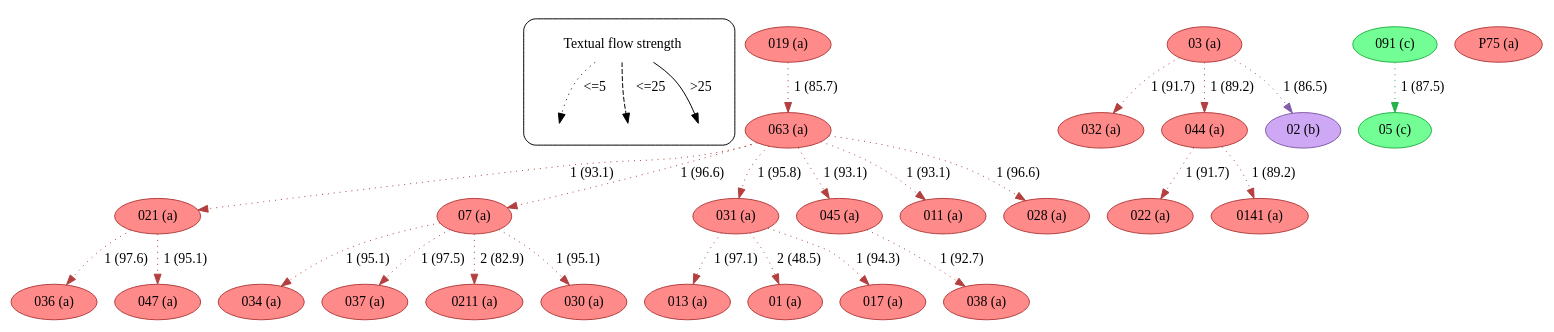
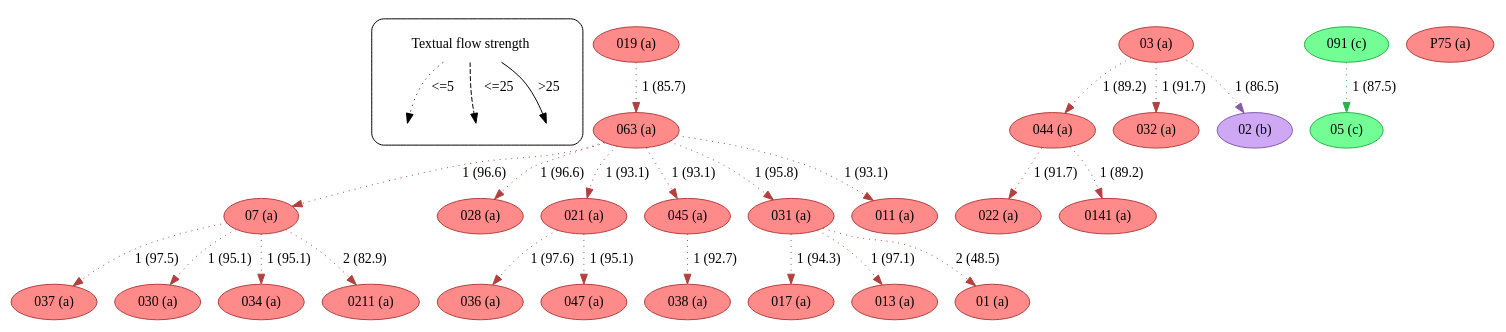
One commit to edmondac/CBGM changed the diagram in example/c499/textual_flow_23_26-30,Fruit_5-6_c499.dot. Above: the diagram before and after it, drawn with Graphviz. The commit also changed other lines of this file and 163 other files, not shown here.

```diff
--- a/example/c499/textual_flow_23_26-30,Fruit_5-6_c499.dot
+++ b/example/c499/textual_flow_23_26-30,Fruit_5-6_c499.dot
@@ -23,10 +23,80 @@
 		leg_s -> leg_e3		 [label=">25",
 			style=solid];
 	}
+	063	 [color="#b43f3f",
+		fillcolor="#FF8A8A",
+		label="063 (a)",
+		style=filled];
+	07	 [color="#b43f3f",
+		fillcolor="#FF8A8A",
+		label="07 (a)",
+		style=filled];
+	063 -> 07	 [color="#b43f3f",
+		label="1 (96.6)",
+		style=dotted];
+	028	 [color="#b43f3f",
+		fillcolor="#FF8A8A",
+		label="028 (a)",
+		style=filled];
+	063 -> 028	 [color="#b43f3f",
+		label="1 (96.6)",
+		style=dotted];
 	021	 [color="#b43f3f",
 		fillcolor="#FF8A8A",
 		label="021 (a)",
 		style=filled];
+	063 -> 021	 [color="#b43f3f",
+		label="1 (93.1)",
+		style=dotted];
+	045	 [color="#b43f3f",
+		fillcolor="#FF8A8A",
+		label="045 (a)",
+		style=filled];
+	063 -> 045	 [color="#b43f3f",
+		label="1 (93.1)",
+		style=dotted];
+	031	 [color="#b43f3f",
+		fillcolor="#FF8A8A",
+		label="031 (a)",
+		style=filled];
+	063 -> 031	 [color="#b43f3f",
+		label="1 (95.8)",
+		style=dotted];
+	011	 [color="#b43f3f",
+		fillcolor="#FF8A8A",
+		label="011 (a)",
+		style=filled];
+	063 -> 011	 [color="#b43f3f",
+		label="1 (93.1)",
+		style=dotted];
+	037	 [color="#b43f3f",
+		fillcolor="#FF8A8A",
+		label="037 (a)",
+		style=filled];
+	07 -> 037	 [color="#b43f3f",
+		label="1 (97.5)",
+		style=dotted];
+	030	 [color="#b43f3f",
+		fillcolor="#FF8A8A",
+		label="030 (a)",
+		style=filled];
+	07 -> 030	 [color="#b43f3f",
+		label="1 (95.1)",
+		style=dotted];
+	034	 [color="#b43f3f",
+		fillcolor="#FF8A8A",
+		label="034 (a)",
+		style=filled];
+	07 -> 034	 [color="#b43f3f",
+		label="1 (95.1)",
+		style=dotted];
+	0211	 [color="#b43f3f",
+		fillcolor="#FF8A8A",
+		label="0211 (a)",
+		style=filled];
+	07 -> 0211	 [color="#b43f3f",
+		label="2 (82.9)",
+		style=dotted];
 	036	 [color="#b43f3f",
 		fillcolor="#FF8A8A",
 		label="036 (a)",
@@ -45,6 +115,13 @@
 		fillcolor="#FF8A8A",
 		label="03 (a)",
 		style=filled];
+	044	 [color="#b43f3f",
+		fillcolor="#FF8A8A",
+		label="044 (a)",
+		style=filled];
+	03 -> 044	 [color="#b43f3f",
+		label="1 (89.2)",
+		style=dotted];
 	032	 [color="#b43f3f",
 		fillcolor="#FF8A8A",
 		label="032 (a)",
@@ -52,117 +129,12 @@
 	03 -> 032	 [color="#b43f3f",
 		label="1 (91.7)",
 		style=dotted];
-	044	 [color="#b43f3f",
-		fillcolor="#FF8A8A",
-		label="044 (a)",
-		style=filled];
-	03 -> 044	 [color="#b43f3f",
-		label="1 (89.2)",
-		style=dotted];
 	02	 [color="#835da9",
 		fillcolor="#CEA8F4",
 		label="02 (b)",
 		style=filled];
 	03 -> 02	 [color="#835da9",
 		label="1 (86.5)",
-		style=dotted];
-	07	 [color="#b43f3f",
-		fillcolor="#FF8A8A",
-		label="07 (a)",
-		style=filled];
-	034	 [color="#b43f3f",
-		fillcolor="#FF8A8A",
-		label="034 (a)",
-		style=filled];
-	07 -> 034	 [color="#b43f3f",
-		label="1 (95.1)",
-		style=dotted];
-	037	 [color="#b43f3f",
-		fillcolor="#FF8A8A",
-		label="037 (a)",
-		style=filled];
-	07 -> 037	 [color="#b43f3f",
-		label="1 (97.5)",
-		style=dotted];
-	0211	 [color="#b43f3f",
-		fillcolor="#FF8A8A",
-		label="0211 (a)",
-		style=filled];
-	07 -> 0211	 [color="#b43f3f",
-		label="2 (82.9)",
-		style=dotted];
-	030	 [color="#b43f3f",
-		fillcolor="#FF8A8A",
-		label="030 (a)",
-		style=filled];
-	07 -> 030	 [color="#b43f3f",
-		label="1 (95.1)",
-		style=dotted];
-	031	 [color="#b43f3f",
-		fillcolor="#FF8A8A",
-		label="031 (a)",
-		style=filled];
-	013	 [color="#b43f3f",
-		fillcolor="#FF8A8A",
-		label="013 (a)",
-		style=filled];
-	031 -> 013	 [color="#b43f3f",
-		label="1 (97.1)",
-		style=dotted];
-	01	 [color="#b43f3f",
-		fillcolor="#FF8A8A",
-		label="01 (a)",
-		style=filled];
-	031 -> 01	 [color="#b43f3f",
-		label="2 (48.5)",
-		style=dotted];
-	017	 [color="#b43f3f",
-		fillcolor="#FF8A8A",
-		label="017 (a)",
-		style=filled];
-	031 -> 017	 [color="#b43f3f",
-		label="1 (94.3)",
-		style=dotted];
-	063	 [color="#b43f3f",
-		fillcolor="#FF8A8A",
-		label="063 (a)",
-		style=filled];
-	063 -> 021	 [color="#b43f3f",
-		label="1 (93.1)",
-		style=dotted];
-	063 -> 07	 [color="#b43f3f",
-		label="1 (96.6)",
-		style=dotted];
-	063 -> 031	 [color="#b43f3f",
-		label="1 (95.8)",
-		style=dotted];
-	045	 [color="#b43f3f",
-		fillcolor="#FF8A8A",
-		label="045 (a)",
-		style=filled];
-	063 -> 045	 [color="#b43f3f",
-		label="1 (93.1)",
-		style=dotted];
-	011	 [color="#b43f3f",
-		fillcolor="#FF8A8A",
-		label="011 (a)",
-		style=filled];
-	063 -> 011	 [color="#b43f3f",
-		label="1 (93.1)",
-		style=dotted];
-	028	 [color="#b43f3f",
-		fillcolor="#FF8A8A",
-		label="028 (a)",
-		style=filled];
-	063 -> 028	 [color="#b43f3f",
-		label="1 (96.6)",
-		style=dotted];
-	038	 [color="#b43f3f",
-		fillcolor="#FF8A8A",
-		label="038 (a)",
-		style=filled];
-	045 -> 038	 [color="#b43f3f",
-		label="1 (92.7)",
 		style=dotted];
 	022	 [color="#b43f3f",
 		fillcolor="#FF8A8A",
@@ -177,6 +149,34 @@
 		style=filled];
 	044 -> 0141	 [color="#b43f3f",
 		label="1 (89.2)",
+		style=dotted];
+	038	 [color="#b43f3f",
+		fillcolor="#FF8A8A",
+		label="038 (a)",
+		style=filled];
+	045 -> 038	 [color="#b43f3f",
+		label="1 (92.7)",
+		style=dotted];
+	017	 [color="#b43f3f",
+		fillcolor="#FF8A8A",
+		label="017 (a)",
+		style=filled];
+	031 -> 017	 [color="#b43f3f",
+		label="1 (94.3)",
+		style=dotted];
+	013	 [color="#b43f3f",
+		fillcolor="#FF8A8A",
+		label="013 (a)",
+		style=filled];
+	031 -> 013	 [color="#b43f3f",
+		label="1 (97.1)",
+		style=dotted];
+	01	 [color="#b43f3f",
+		fillcolor="#FF8A8A",
+		label="01 (a)",
+		style=filled];
+	031 -> 01	 [color="#b43f3f",
+		label="2 (48.5)",
 		style=dotted];
 	019	 [color="#b43f3f",
 		fillcolor="#FF8A8A",
```
